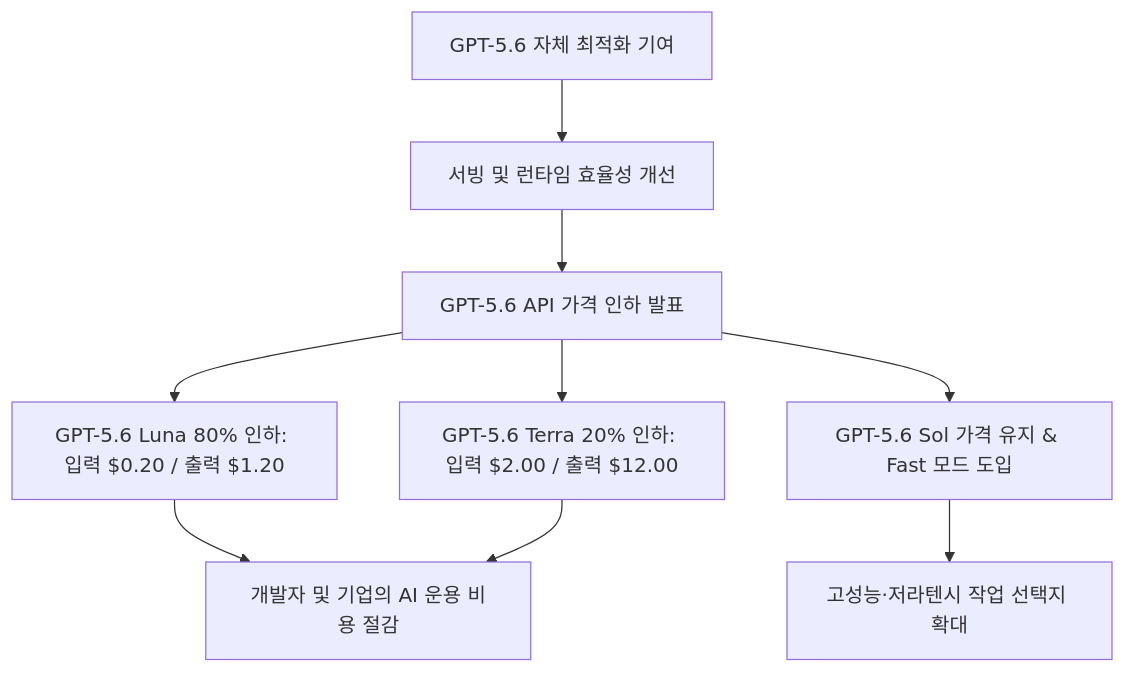
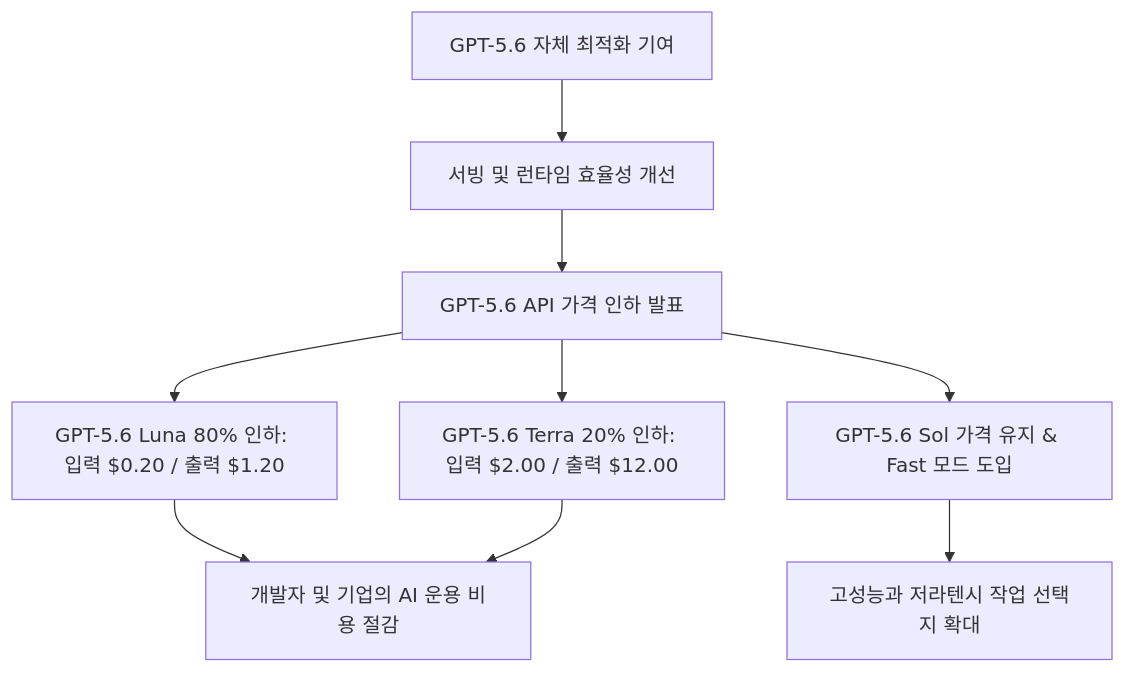
Before and after one commit to jjxxmiin/jjxxmiin.github.io: the first of 3 diagrams in _posts/2026-08-02-openai-slashes-gpt-5-6-luna-api-price-by-80-percent-and-terra-by-20-percent.md, drawn with Mermaid. The commit also changed other lines of this file and 624 other files, not shown here.

````diff
--- a/_posts/2026-08-02-openai-slashes-gpt-5-6-luna-api-price-by-80-percent-and-terra-by-20-percent.md
+++ b/_posts/2026-08-02-openai-slashes-gpt-5-6-luna-api-price-by-80-percent-and-terra-by-20-percent.md
@@ -54,10 +59,10 @@
 ```mermaid
 graph TD
     A[GPT-5.6 자체 최적화 기여] --> B[서빙 및 런타임 효율성 개선]
     B --> C[GPT-5.6 API 가격 인하 발표]
     C --> D1[GPT-5.6 Luna 80% 인하: 입력 $0.20 / 출력 $1.20]
     C --> D2[GPT-5.6 Terra 20% 인하: 입력 $2.00 / 출력 $12.00]
     C --> D3[GPT-5.6 Sol 가격 유지 & Fast 모드 도입]
     D1 & D2 --> E[개발자 및 기업의 AI 운용 비용 절감]
-    D3 --> F[고성능·저라텐시 작업 선택지 확대]
+    D3 --> F[고성능과 저라텐시 작업 선택지 확대]
 ```
````
